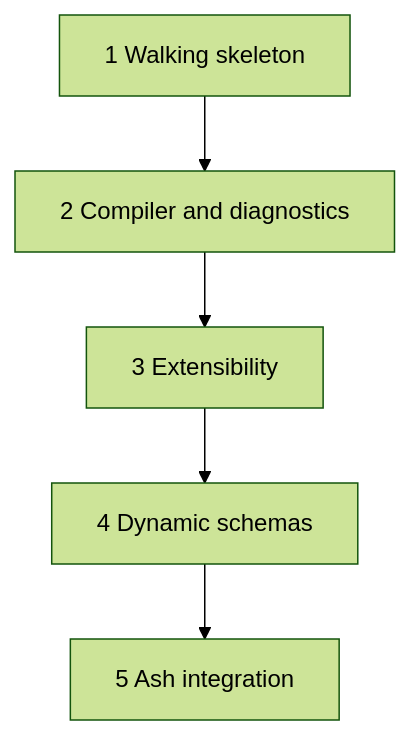
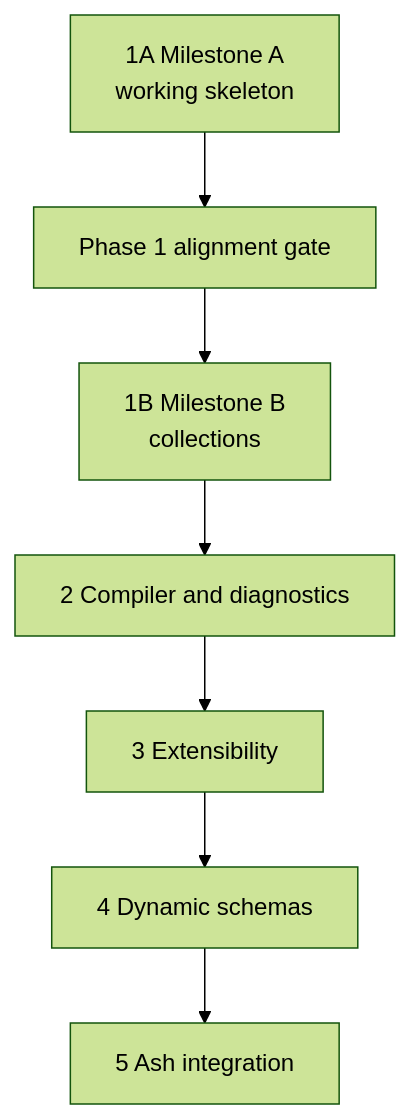
One commit to kioopi/formentation changed the diagram in docs/Formentation/Planning/13-roadmap.md. Above: the diagram before and after it, drawn with Mermaid (forest theme). The commit also changed other lines of this file and 7 other files, not shown here.

````diff
--- a/docs/Formentation/Planning/13-roadmap.md
+++ b/docs/Formentation/Planning/13-roadmap.md
@@ -13,7 +20,9 @@
 ```mermaid
 flowchart TD
-    P1["1 Walking skeleton"] --> P2["2 Compiler and diagnostics"]
+    P1A["1A Milestone A<br/>working skeleton"] --> Align["Phase 1 alignment gate"]
+    Align --> P1B["1B Milestone B<br/>collections"]
+    P1B --> P2["2 Compiler and diagnostics"]
     P2 --> P3["3 Extensibility"]
     P3 --> P4["4 Dynamic schemas"]
     P4 --> P5["5 Ash integration"]
 ```
````
